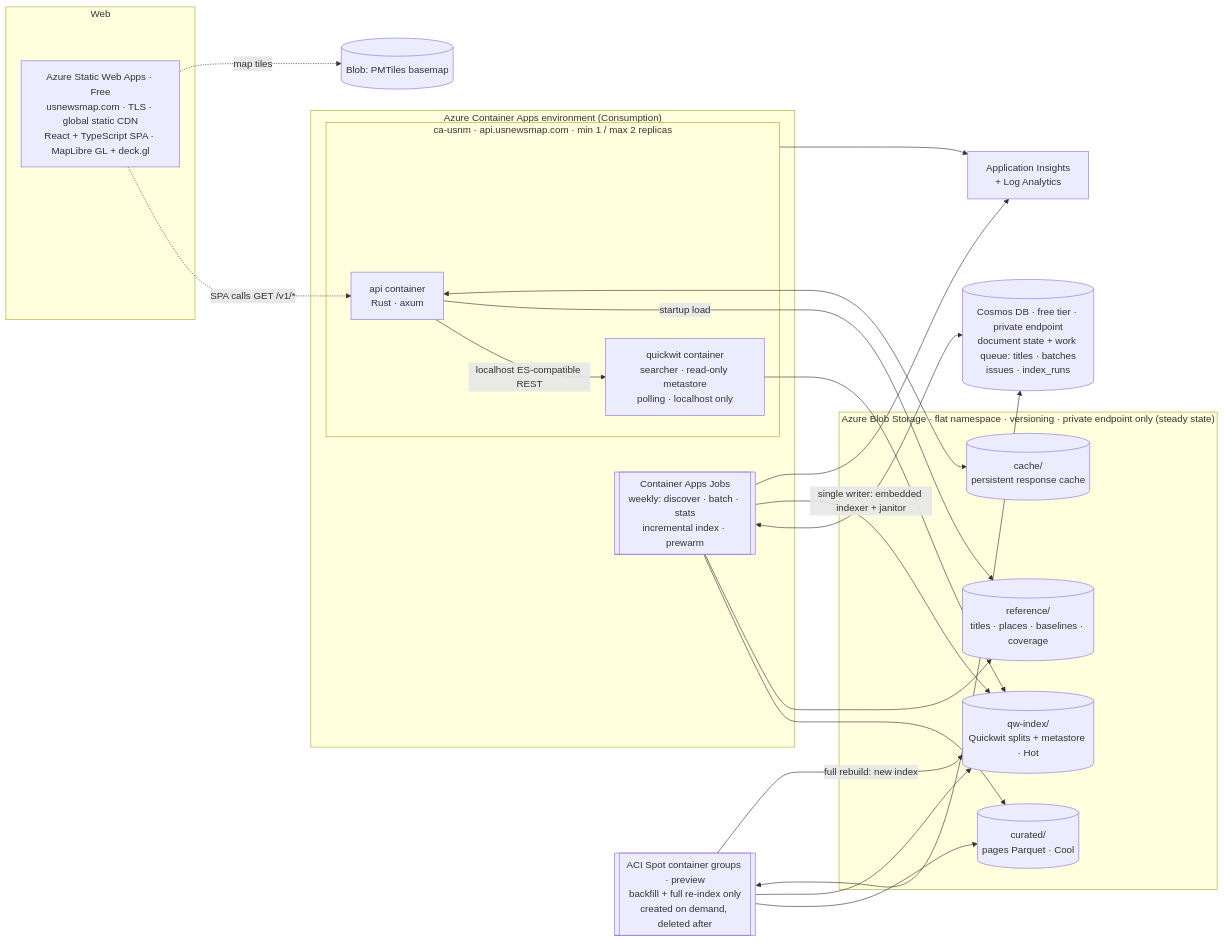
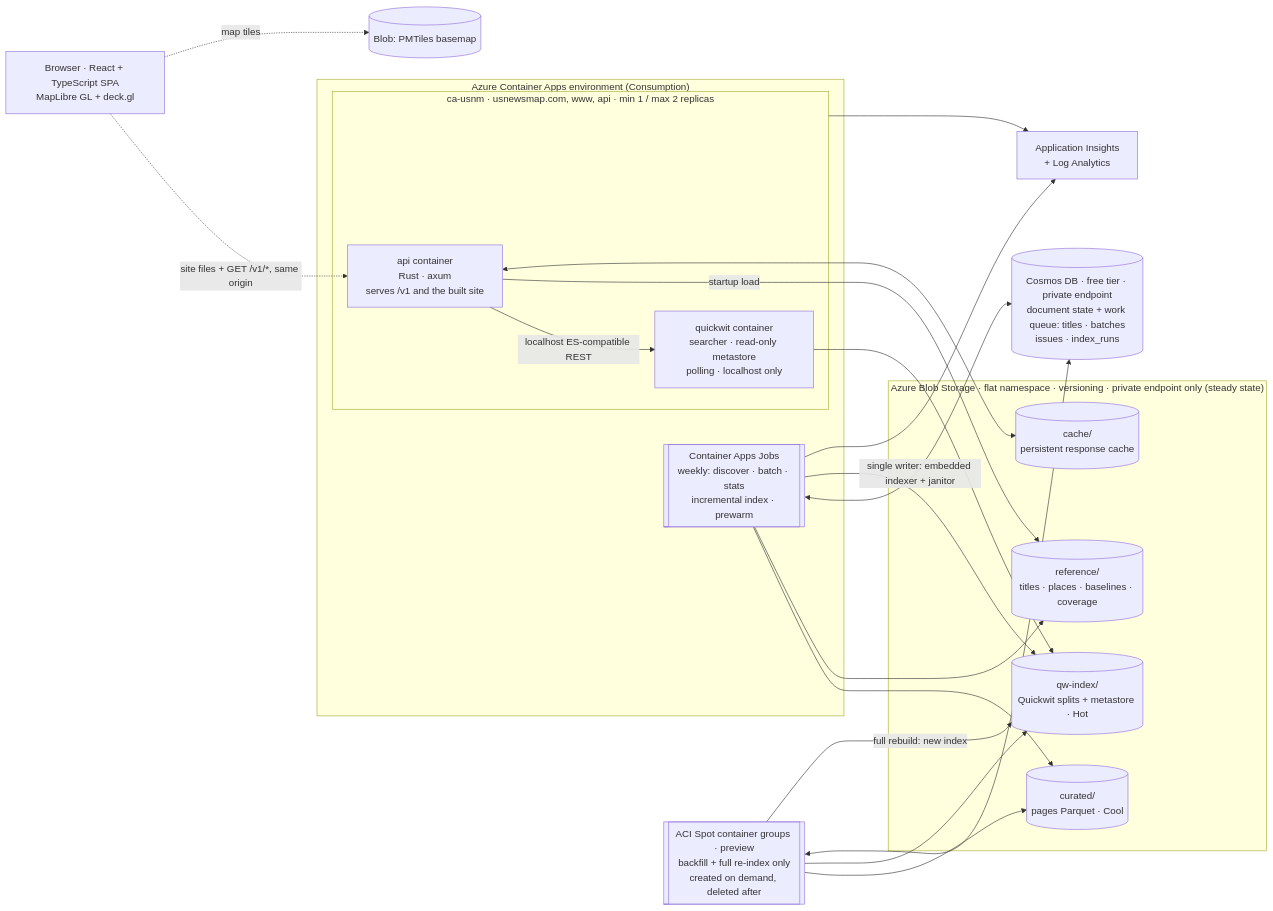
Before and after one commit to tgoodyear/usnewsmap.com: the second of 4 diagrams in docs/design/03-architecture-overview.md, drawn with Mermaid. The commit also changed other lines of this file and 44 other files, not shown here.

First line of the commit message:
The API app serves the site: no Static Web App, no deployment token

````diff
--- a/docs/design/03-architecture-overview.md
+++ b/docs/design/03-architecture-overview.md
@@ -37,37 +37,35 @@
 ```mermaid
 flowchart LR
-  subgraph Web
-    SWA[Azure Static Web Apps · Free<br/>usnewsmap.com · TLS · global static CDN<br/>React + TypeScript SPA · MapLibre GL + deck.gl]
-  end
+  SPA[Browser · React + TypeScript SPA<br/>MapLibre GL + deck.gl]
   subgraph "Azure Container Apps environment (Consumption)"
-    subgraph APP["ca-usnm · api.usnewsmap.com · min 1 / max 2 replicas"]
-      API[api container<br/>Rust · axum]
+    subgraph APP["ca-usnm · usnewsmap.com, www, api · min 1 / max 2 replicas"]
+      API[api container<br/>Rust · axum<br/>serves /v1 and the built site]
       QW[quickwit container<br/>searcher · read-only metastore<br/>polling · localhost only]
     end
     JOBS[[Container Apps Jobs<br/>weekly: discover · batch · stats<br/>incremental index · prewarm]]
   end
   SPOT[[ACI Spot container groups · preview<br/>backfill + full re-index only<br/>created on demand, deleted after]]
   subgraph Storage["Azure Blob Storage · flat namespace · versioning · private endpoint only (steady state)"]
     CUR[(curated/<br/>pages Parquet · Cool)]
     REF[(reference/<br/>titles · places · baselines · coverage)]
     IDX[(qw-index/<br/>Quickwit splits + metastore · Hot)]
     CACHE[(cache/<br/>persistent response cache)]
   end
   TILES[(Blob: PMTiles basemap)]
   COS[(Cosmos DB · free tier · private endpoint<br/>document state + work queue: titles · batches<br/>issues · index_runs)]
   AI[Application Insights<br/>+ Log Analytics]
 
-  SWA -. SPA calls GET /v1/* .-> API
-  SWA -. map tiles .-> TILES
+  SPA -. site files + GET /v1/*, same origin .-> API
+  SPA -. map tiles .-> TILES
   API -->|localhost ES-compatible REST| QW
   API -->|startup load| REF
   API <--> CACHE
   QW --> IDX
   JOBS --> CUR & REF
   JOBS <--> COS
   SPOT --> CUR & IDX
   SPOT <--> COS
   JOBS -->|single writer: embedded indexer + janitor| IDX
   SPOT -->|full rebuild: new index| IDX
   APP & JOBS --> AI
 ```
````
